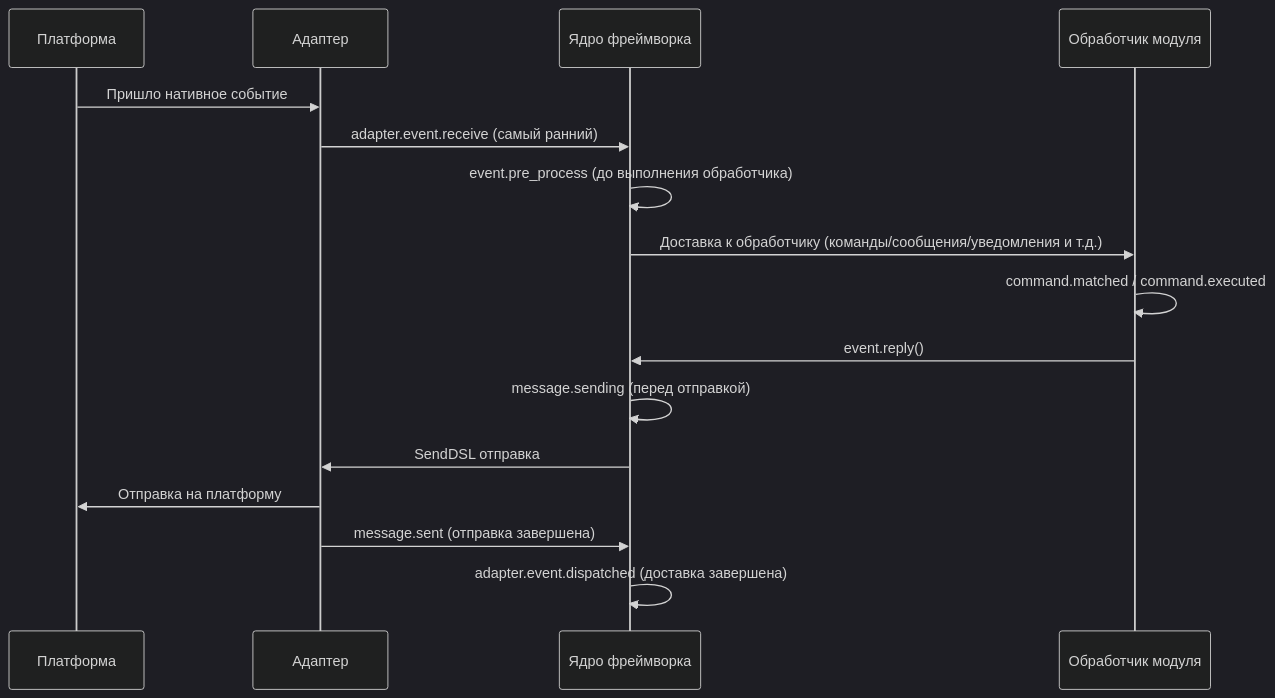
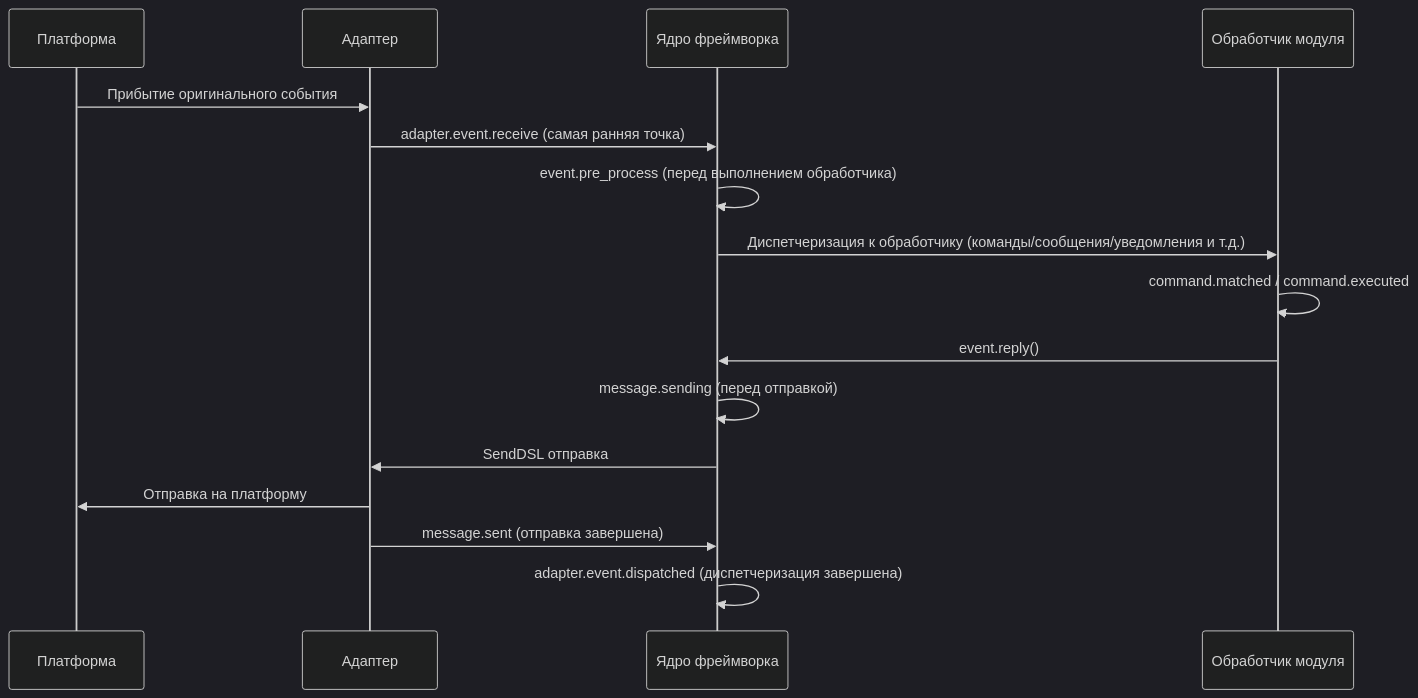
The diagram in docs/ru/advanced/lifecycle.md (ErisPulse/ErisPulse), drawn with Mermaid (dark theme) before and after one commit. The commit also changed other lines of this file and 622 other files, not shown here.

````diff
--- a/docs/ru/advanced/lifecycle.md
+++ b/docs/ru/advanced/lifecycle.md
@@ -93,19 +93,19 @@
 ```mermaid
 sequenceDiagram
     participant P as Платформа
     participant A as Адаптер
     participant F as Ядро фреймворка
     participant M as Обработчик модуля
 
-    P->>A: Пришло нативное событие
-    A->>F: adapter.event.receive (самый ранний)
-    F->>F: event.pre_process (до выполнения обработчика)
-    F->>M: Доставка к обработчику (команды/сообщения/уведомления и т.д.)
+    P->>A: Прибытие оригинального события
+    A->>F: adapter.event.receive (самая ранняя точка)
+    F->>F: event.pre_process (перед выполнением обработчика)
+    F->>M: Диспетчеризация к обработчику (команды/сообщения/уведомления и т.д.)
     M->>M: command.matched / command.executed
     M->>F: event.reply()
     F->>F: message.sending (перед отправкой)
     F->>A: SendDSL отправка
     A->>P: Отправка на платформу
     A->>F: message.sent (отправка завершена)
-    F->>F: adapter.event.dispatched (доставка завершена)
+    F->>F: adapter.event.dispatched (диспетчеризация завершена)
 ```
````
